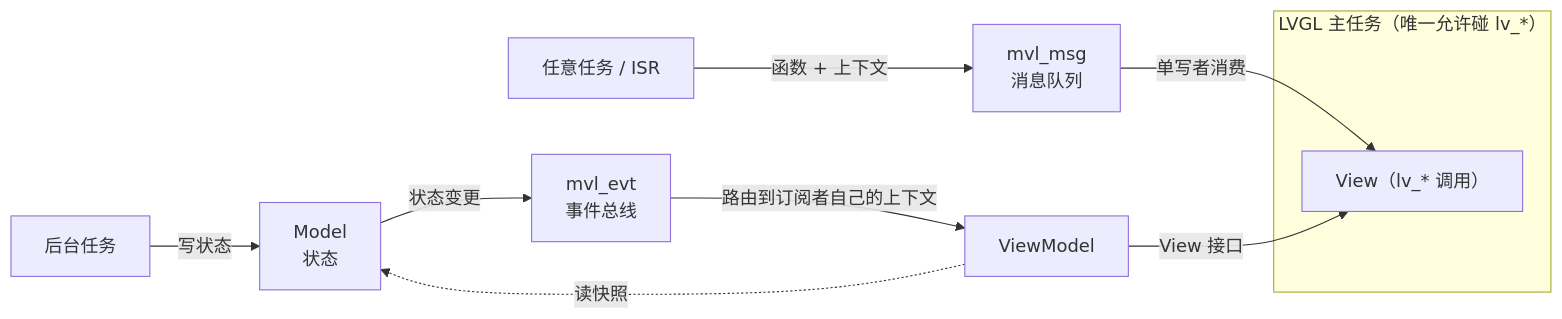
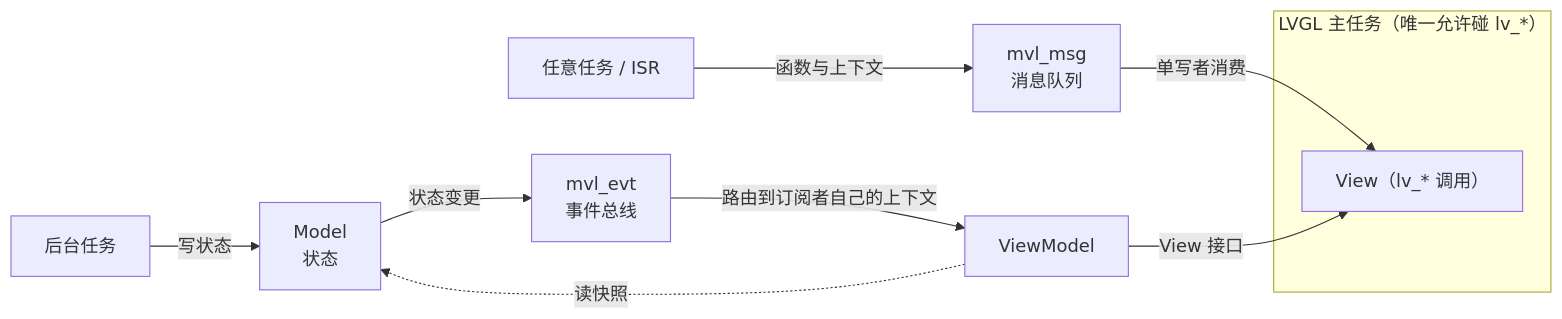
Before and after one commit to smallerxuan/mvl: the diagram in README_CN.md, drawn with Mermaid. The commit also changed 1 other file, not shown here.

Commit message:
docs(readme): 架构图标签对齐 design.md 已验证写法
上一版仍渲染异常（转圈不出图）。剔除 design.md 未用过的元素：
撇号 subscriber's、加号 +、标签内 ASCII 括号，&lt;br/&gt; 统一为 &lt;br&gt;。
现版所有语法元素均在 design.md 中出现且 GitHub 渲染正常。

````diff
--- a/README_CN.md
+++ b/README_CN.md
@@ -11,14 +11,14 @@
 ```mermaid
 flowchart LR
     subgraph L["LVGL 主任务（唯一允许碰 lv_*）"]
         V["View（lv_* 调用）"]
     end
 
-    T["任意任务 / ISR"] -->|"函数 + 上下文"| MSG["mvl_msg<br/>消息队列"]
+    T["任意任务 / ISR"] -->|"函数与上下文"| MSG["mvl_msg<br>消息队列"]
     MSG -->|"单写者消费"| V
-    B["后台任务"] -->|"写状态"| M["Model<br/>状态"]
-    M -->|"状态变更"| EVT["mvl_evt<br/>事件总线"]
+    B["后台任务"] -->|"写状态"| M["Model<br>状态"]
+    M -->|"状态变更"| EVT["mvl_evt<br>事件总线"]
     EVT -->|"路由到订阅者自己的上下文"| VM["ViewModel"]
     VM -.->|"读快照"| M
     VM -->|"View 接口"| V
 ```
````
